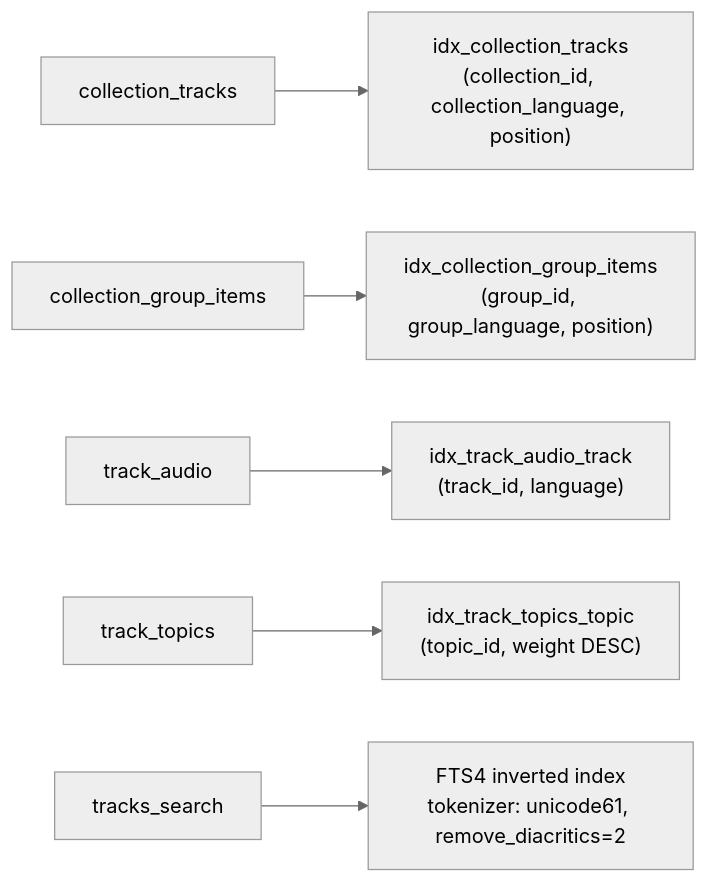
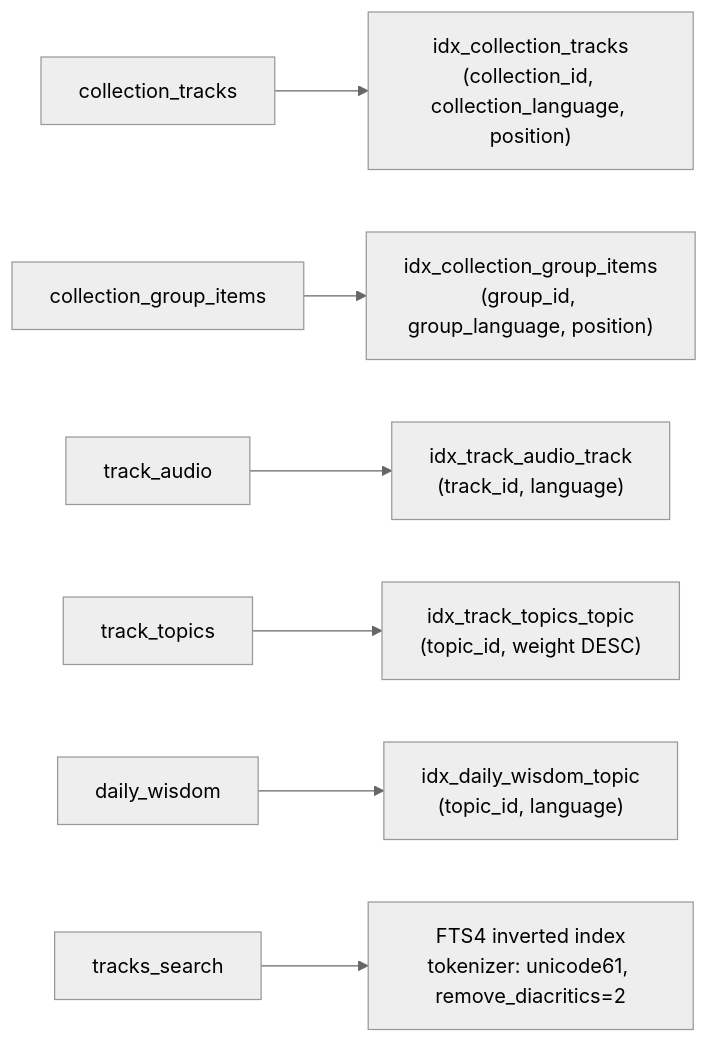
One commit to jiva-studio/shruti changed the second of 2 diagrams in docs/repos/shruti/db/er-diagram.md. Above: the diagram before and after it, drawn with Mermaid (neutral theme). The commit also changed other lines of this file and 4 other files, not shown here.

````diff
--- a/docs/repos/shruti/db/er-diagram.md
+++ b/docs/repos/shruti/db/er-diagram.md
@@ -191,8 +211,9 @@
 ```mermaid
 graph LR
     CT[collection_tracks] --> ICT["idx_collection_tracks<br/>(collection_id, collection_language, position)"]
     CGI[collection_group_items] --> ICGI["idx_collection_group_items<br/>(group_id, group_language, position)"]
     TA[track_audio] --> ITA["idx_track_audio_track<br/>(track_id, language)"]
     TT[track_topics] --> ITT["idx_track_topics_topic<br/>(topic_id, weight DESC)"]
+    DW[daily_wisdom] --> IDW["idx_daily_wisdom_topic<br/>(topic_id, language)"]
     TS[tracks_search] --> FTS["FTS4 inverted index<br/>tokenizer: unicode61, remove_diacritics=2"]
 ```
````
